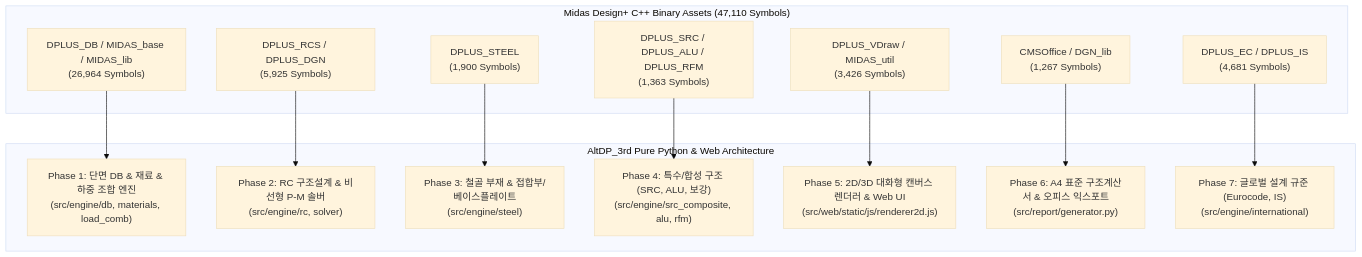
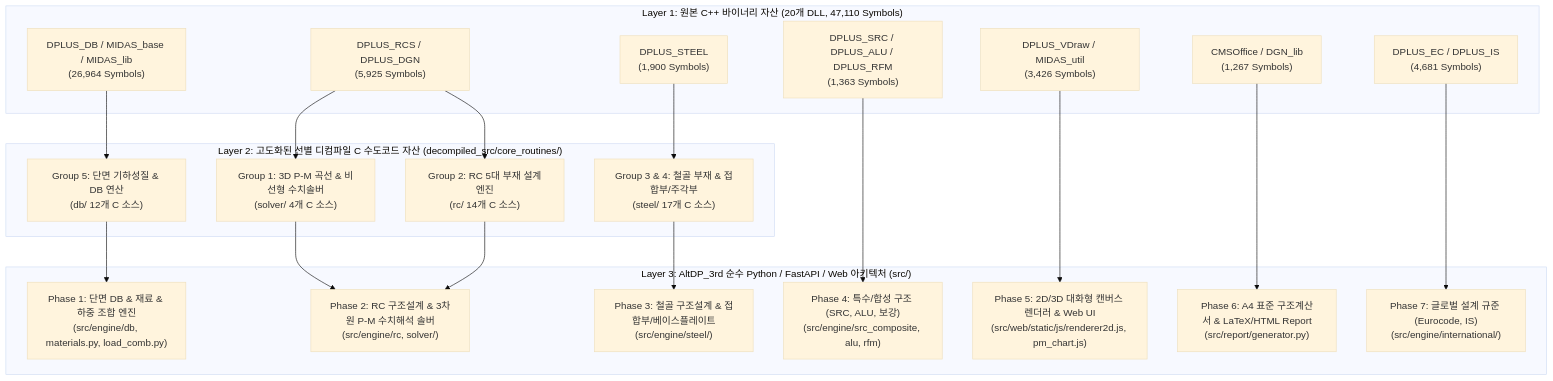
The first of 2 diagrams in docs/12_full_feature_porting_master_plan.md (zlkiki/AltDP_3rd), drawn with Mermaid (base theme) before and after one commit. The commit also changed other lines of this file and 42 other files, not shown here.

````diff
--- a/docs/12_full_feature_porting_master_plan.md
+++ b/docs/12_full_feature_porting_master_plan.md
@@ -13,30 +13,39 @@
 ```mermaid
 flowchart TD
-    subgraph Original_Binary ["Midas Design+ C++ Binary Assets (47,110 Symbols)"]
-        DB["DPLUS_DB / MIDAS_base / MIDAS_lib<br>(26,964 Symbols)"]
-        RCS["DPLUS_RCS / DPLUS_DGN<br>(5,925 Symbols)"]
-        STEEL["DPLUS_STEEL<br>(1,900 Symbols)"]
-        ADV["DPLUS_SRC / DPLUS_ALU / DPLUS_RFM<br>(1,363 Symbols)"]
-        VDRAW["DPLUS_VDraw / MIDAS_util<br>(3,426 Symbols)"]
-        REP["CMSOffice / DGN_lib<br>(1,267 Symbols)"]
-        INTL["DPLUS_EC / DPLUS_IS<br>(4,681 Symbols)"]
+    subgraph Layer1 ["Layer 1: 원본 C++ 바이너리 자산 (20개 DLL, 47,110 Symbols)"]
+        L1_DB["DPLUS_DB / MIDAS_base / MIDAS_lib<br>(26,964 Symbols)"]
+        L1_RCS["DPLUS_RCS / DPLUS_DGN<br>(5,925 Symbols)"]
+        L1_STL["DPLUS_STEEL<br>(1,900 Symbols)"]
+        L1_ADV["DPLUS_SRC / DPLUS_ALU / DPLUS_RFM<br>(1,363 Symbols)"]
+        L1_VDR["DPLUS_VDraw / MIDAS_util<br>(3,426 Symbols)"]
+        L1_REP["CMSOffice / DGN_lib<br>(1,267 Symbols)"]
+        L1_INT["DPLUS_EC / DPLUS_IS<br>(4,681 Symbols)"]
     end
 
-    subgraph AltDP_Python_Web ["AltDP_3rd Pure Python & Web Architecture"]
-        M1["Phase 1: 단면 DB & 재료 & 하중 조합 엔진<br>(src/engine/db, materials, load_comb)"]
-        M2["Phase 2: RC 구조설계 & 비선형 P-M 솔버<br>(src/engine/rc, solver)"]
-        M3["Phase 3: 철골 부재 & 접합부/베이스플레이트<br>(src/engine/steel)"]
-        M4["Phase 4: 특수/합성 구조 (SRC, ALU, 보강)<br>(src/engine/src_composite, alu, rfm)"]
-        M5["Phase 5: 2D/3D 대화형 캔버스 렌더러 & Web UI<br>(src/web/static/js/renderer2d.js)"]
-        M6["Phase 6: A4 표준 구조계산서 & 오피스 익스포트<br>(src/report/generator.py)"]
-        M7["Phase 7: 글로벌 설계 규준 (Eurocode, IS)<br>(src/engine/international)"]
+    subgraph Layer2 ["Layer 2: 고도화된 선별 디컴파일 C 수도코드 자산 (decompiled_src/core_routines/)"]
+        L2_DB["Group 5: 단면 기하성질 & DB 연산<br>(db/ 12개 C 소스)"]
+        L2_SOL["Group 1: 3D P-M 곡선 & 비선형 수치솔버<br>(solver/ 4개 C 소스)"]
+        L2_RC["Group 2: RC 5대 부재 설계엔진<br>(rc/ 14개 C 소스)"]
+        L2_STL["Group 3 & 4: 철골 부재 & 접합부/주각부<br>(steel/ 17개 C 소스)"]
     end
 
-    DB --> M1
-    RCS --> M2
-    STEEL --> M3
-    ADV --> M4
-    VDRAW --> M5
-    REP --> M6
-    INTL --> M7
+    subgraph Layer3 ["Layer 3: AltDP_3rd 순수 Python / FastAPI / Web 아키텍처 (src/)"]
+        M1["Phase 1: 단면 DB & 재료 & 하중 조합 엔진<br>(src/engine/db, materials.py, load_comb.py)"]
+        M2["Phase 2: RC 구조설계 & 3차원 P-M 수치해석 솔버<br>(src/engine/rc, solver/)"]
+        M3["Phase 3: 철골 구조설계 & 접합부/베이스플레이트<br>(src/engine/steel/)"]
+        M4["Phase 4: 특수/합성 구조 (SRC, ALU, 보강)<br>(src/engine/src_composite, alu, rfm)"]
+        M5["Phase 5: 2D/3D 대화형 캔버스 렌더러 & Web UI<br>(src/web/static/js/renderer2d.js, pm_chart.js)"]
+        M6["Phase 6: A4 표준 구조계산서 & LaTeX/HTML Report<br>(src/report/generator.py)"]
+        M7["Phase 7: 글로벌 설계 규준 (Eurocode, IS)<br>(src/engine/international/)"]
+    end
+
+    L1_DB --> L2_DB --> M1
+    L1_RCS --> L2_SOL & L2_RC
+    L2_SOL --> M2
+    L2_RC --> M2
+    L1_STL --> L2_STL --> M3
+    L1_ADV --> M4
+    L1_VDR --> M5
+    L1_REP --> M6
+    L1_INT --> M7
 ```
````
